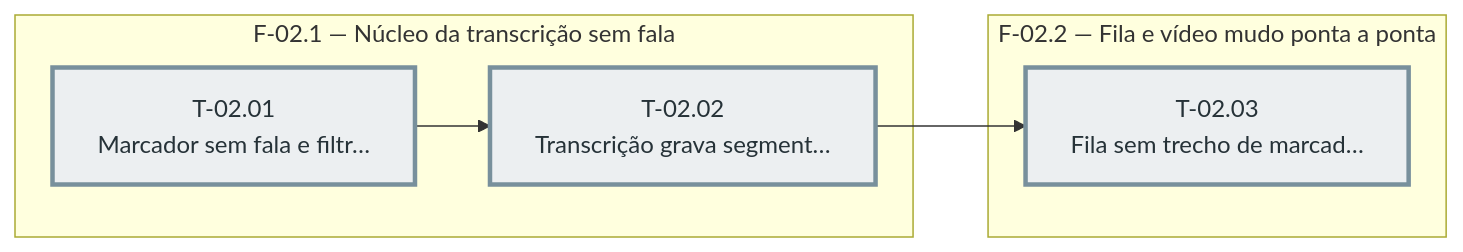
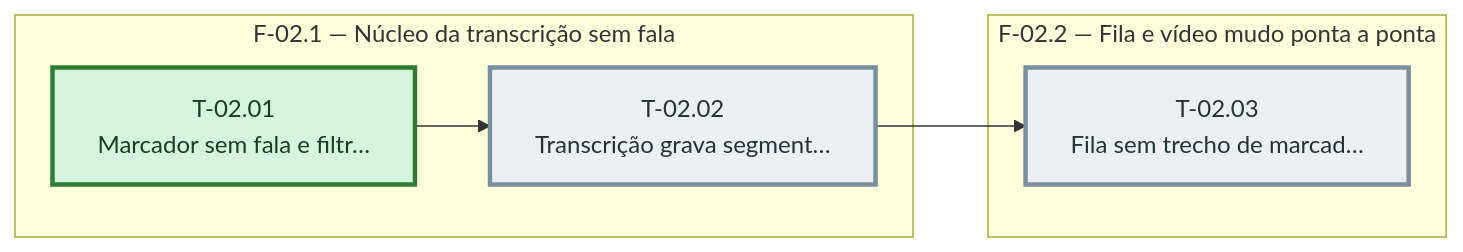
One commit to bittencourtthulio/converse-chatbot changed the diagram in docs/robustez-de-midia-e-operacao/sprint-02/fases.md. Above: the diagram before and after it, drawn with Mermaid. The commit also changed 6 other files, not shown here.

````diff
--- a/docs/robustez-de-midia-e-operacao/sprint-02/fases.md
+++ b/docs/robustez-de-midia-e-operacao/sprint-02/fases.md
@@ -31,22 +31,23 @@
 ```mermaid
 %% Grafo de tasks — sprint-02 — gerado pela sprintx a partir de tasks.md
 flowchart LR
   subgraph fase_02_1["F-02.1 — Núcleo da transcrição sem fala"]
     T_02_01["T-02.01<br/>Marcador sem fala e filtr…"]
     T_02_02["T-02.02<br/>Transcrição grava segment…"]
   end
   subgraph fase_02_2["F-02.2 — Fila e vídeo mudo ponta a ponta"]
     T_02_03["T-02.03<br/>Fila sem trecho de marcad…"]
   end
   T_02_01 --> T_02_02
   T_02_02 --> T_02_03
 
   classDef concluida fill:#d4f4dd,stroke:#2e7d32,color:#1b3d20
   classDef andamento fill:#fff3cd,stroke:#b8860b,color:#4a3800
   classDef bloqueada fill:#f8d7da,stroke:#c62828,color:#4a1d1f
   classDef pendente  fill:#eceff1,stroke:#78909c,color:#263238
   classDef critico   stroke-width:3px
 
-  class T_02_01,T_02_02,T_02_03 pendente
+  class T_02_02,T_02_03 pendente
+  class T_02_01 concluida
   class T_02_01,T_02_02,T_02_03 critico
 ```
````
